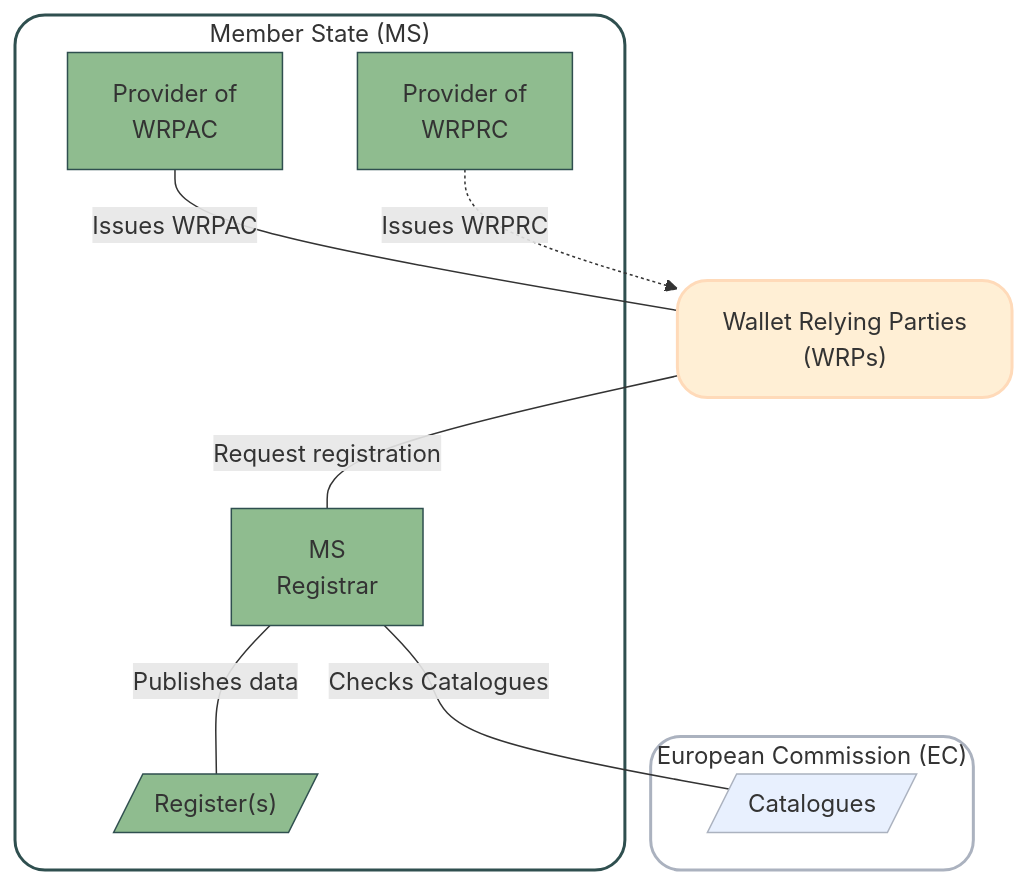
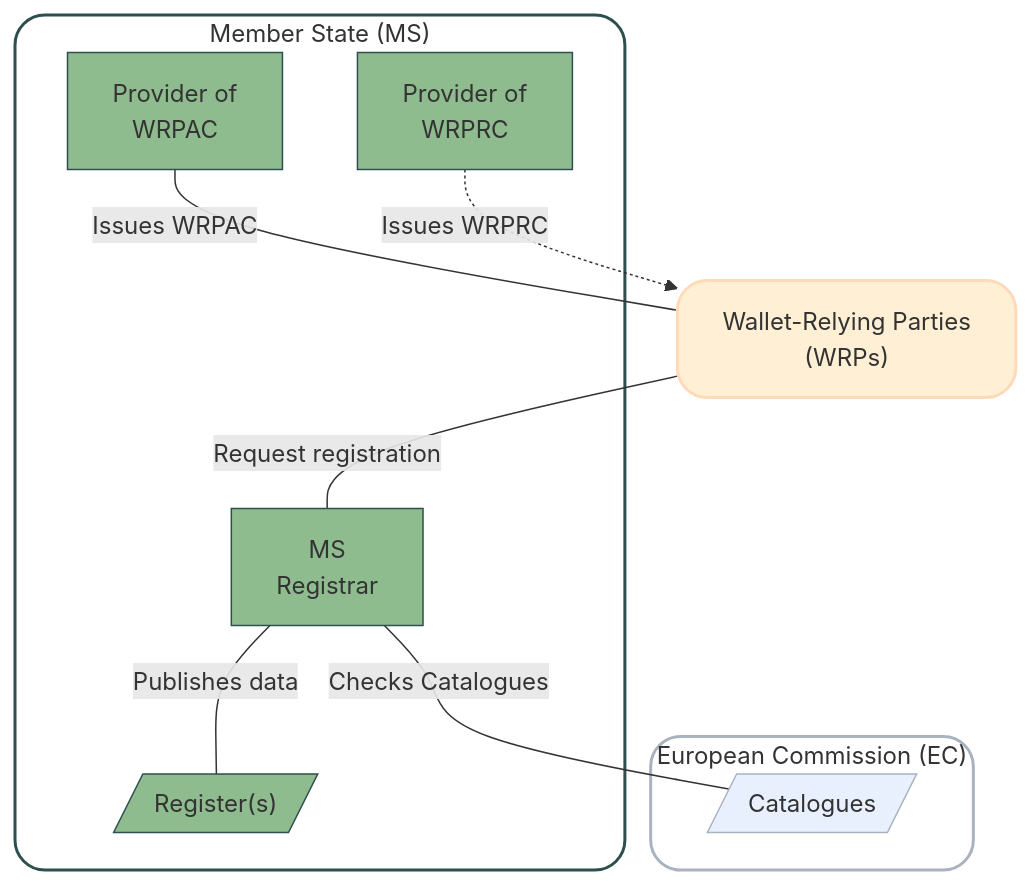
One commit to APTITUDE-Consortium/wp2-trust-specifications changed the second of 4 diagrams in docs/topics/trust-architecture.md. Above: the diagram before and after it, drawn with Mermaid. The commit also changed other lines of this file and 6 other files, not shown here.

Commit message:
fix: LoTEs -> LoTE, LOTLs -> LOTL, Wallet Relying Party -> Wallet-Relying Party, X509 -> X.509

````diff
--- a/docs/topics/trust-architecture.md
+++ b/docs/topics/trust-architecture.md
@@ -69,34 +69,34 @@
     ```mermaid
     flowchart TD
 
-    WRP["Wallet Relying Parties <br/> (WRPs)"]
+    WRP["Wallet-Relying Parties <br/> (WRPs)"]
 
     subgraph MS["Member State (MS)"]
         MSReg[MS <br/>Registrar]
         ProvAC[Provider of <br/>WRPAC]
         ProvRC[Provider of <br/>WRPRC]
         Reg[/"Register(s)"/]
         MSReg---|"Publishes data"| Reg
     end
 
     subgraph EC["European Commission (EC)"]
         Cat[/Catalogues/]
     end
 
     %% Style
     style WRP fill:#ffefd5, stroke:#ffdab9,stroke-width:2px,rx:20,ry:20
     style MS fill:#ffff,stroke:#2f4f4f,stroke-width:2px,rx:20,ry:20
     style EC fill:#ffff,stroke:#abb2bf,stroke-width:2px,rx:20,ry:20
     classDef blue fill:#e8f0fe,stroke:#abb2bf
     classDef green fill:#8fbc8f,stroke:#2f4f4f
 
     class QEAAP,PIDP,PubP,EAAP,RP,RPI WRP_entities;
-    class ECLoTE,ECNS,Cat,LoTEs blue;
+    class ECLoTE,ECNS,Cat,LoTE blue;
     class MSReg,ProvAC,ProvRC,TLs,Reg green;
 
     %% Arrows
     WRP ---|"Request registration"| MSReg
     ProvAC ---|"Issues WRPAC"| WRP
     ProvRC-. "Issues WRPRC" .-> WRP
     MSReg ---|"Checks Catalogues"| Cat
     ```
````
